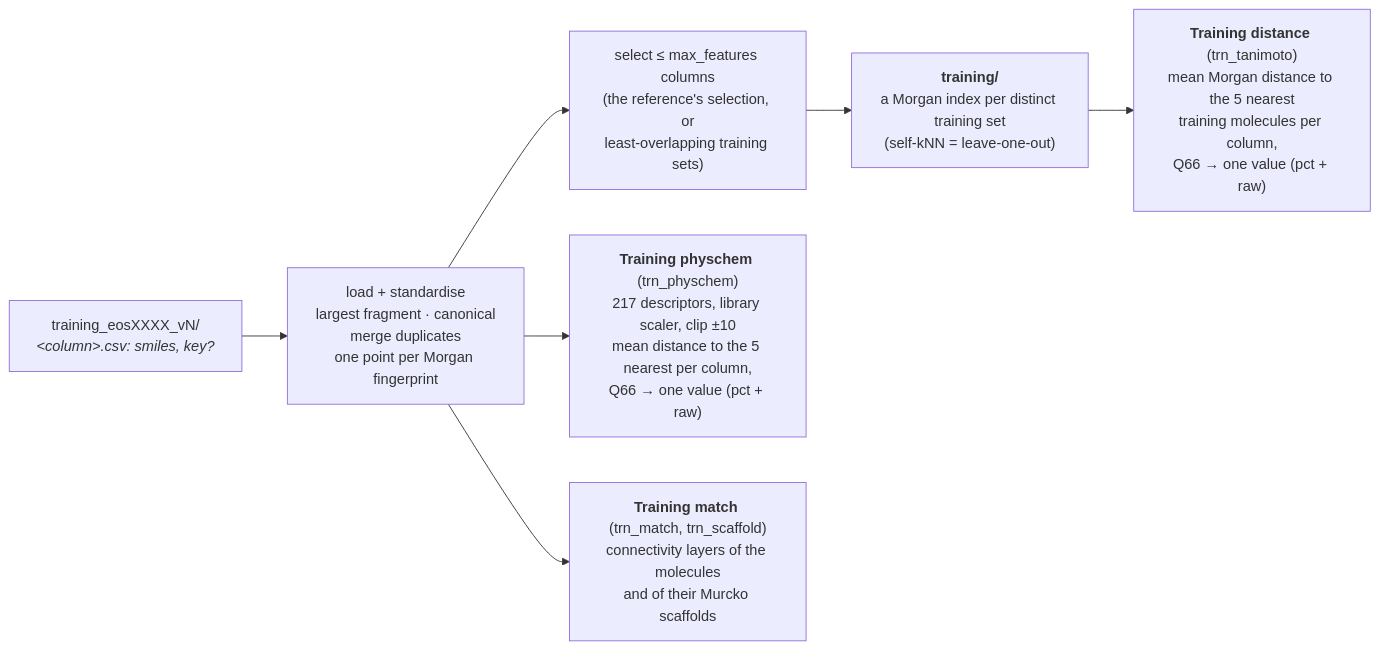
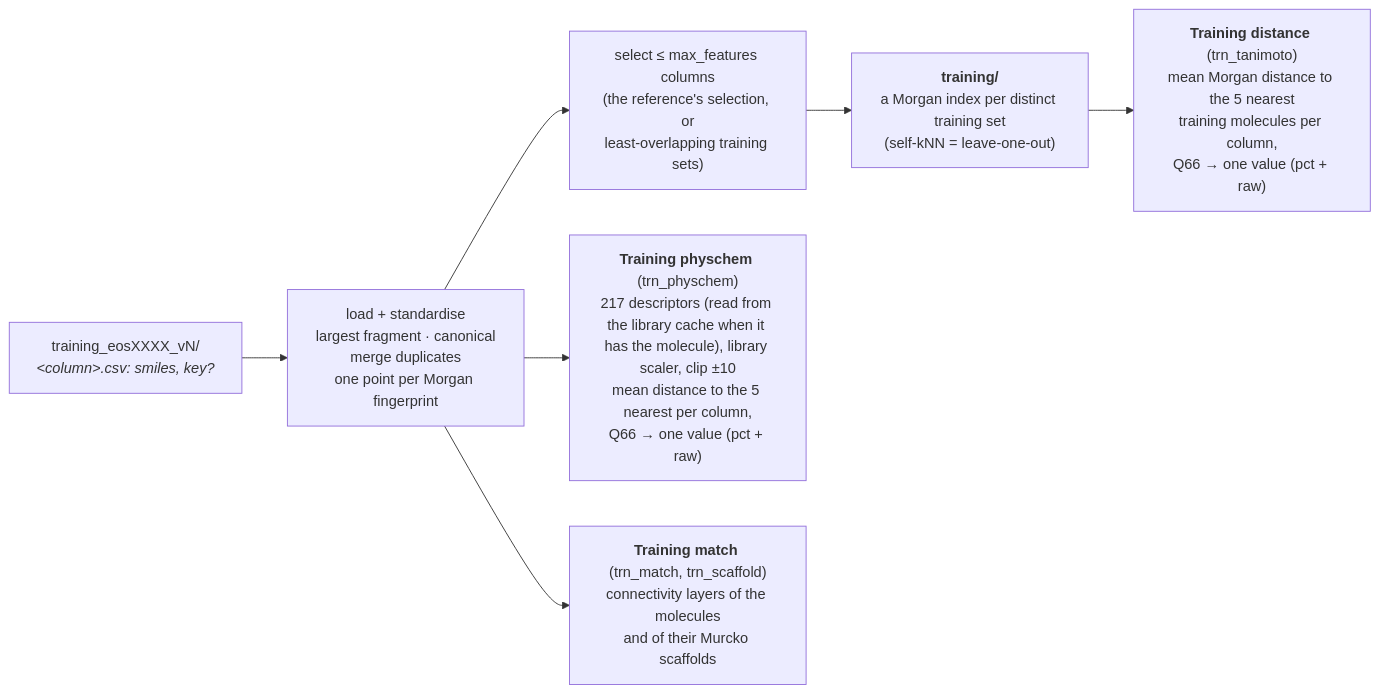
One commit to ersilia-os/eosquality changed the second of 3 diagrams in docs/diagram.md. Above: the diagram before and after it, drawn with Mermaid. The commit also changed other lines of this file and 48 other files, not shown here.

````diff
--- a/docs/diagram.md
+++ b/docs/diagram.md
@@ -23,9 +23,9 @@
 ```mermaid
 flowchart LR
     TR["training_eosXXXX_vN/<br/><i>&lt;column&gt;.csv: smiles, key?</i>"] --> LD["load + standardise<br/>largest fragment · canonical<br/>merge duplicates<br/>one point per Morgan fingerprint"]
     LD --> SEL["select ≤ max_features columns<br/>(the reference's selection, or<br/>least-overlapping training sets)"]
     SEL --> IDX["<b>training/</b><br/>a Morgan index per distinct training set<br/>(self-kNN = leave-one-out)"]
     IDX --> TD["<b>Training distance</b> (trn_tanimoto)<br/>mean Morgan distance to the 5 nearest<br/>training molecules per column,<br/>Q66 → one value (pct + raw)"]
-    LD --> TP["<b>Training physchem</b> (trn_physchem)<br/>217 descriptors, library scaler, clip ±10<br/>mean distance to the 5 nearest per column,<br/>Q66 → one value (pct + raw)"]
+    LD --> TP["<b>Training physchem</b> (trn_physchem)<br/>217 descriptors (read from the library cache when it has the molecule), library scaler, clip ±10<br/>mean distance to the 5 nearest per column,<br/>Q66 → one value (pct + raw)"]
     LD --> TM["<b>Training match</b> (trn_match, trn_scaffold)<br/>connectivity layers of the molecules<br/>and of their Murcko scaffolds"]
 ```
````
